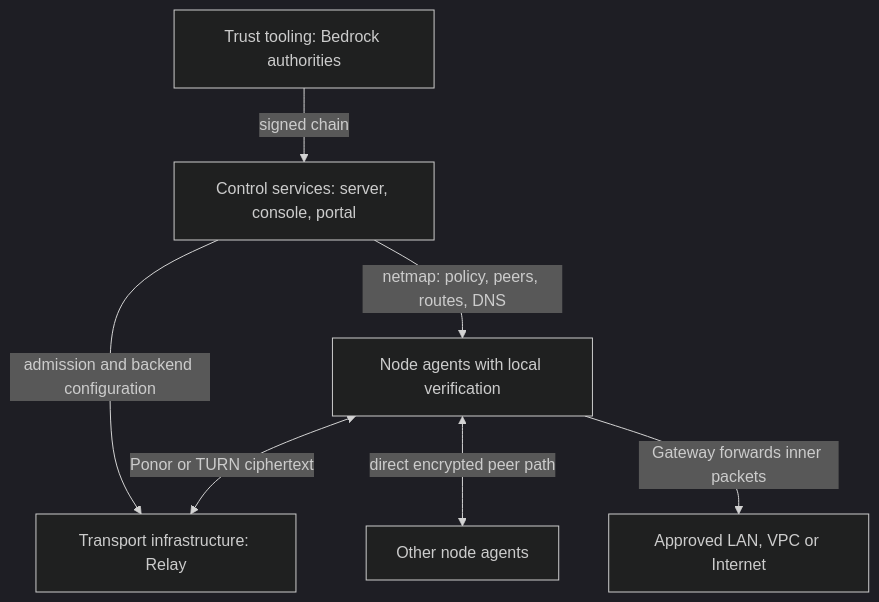
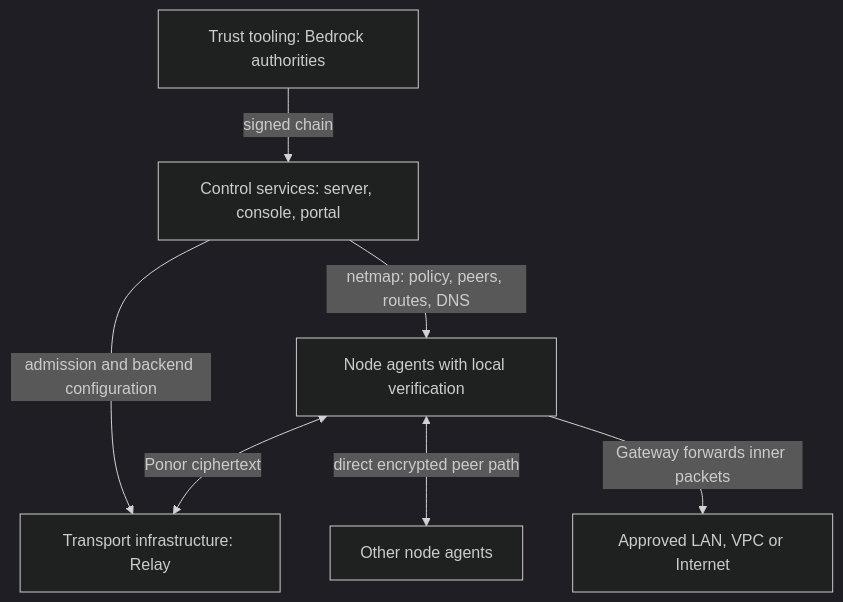
Before and after one commit to karst-net/karst: the diagram in docs/USE-CASE-ANALYSIS.md, drawn with Mermaid (dark theme). The commit also changed other lines of this file and 85 other files, not shown here.

First line of the commit message:
refactor(relay): drop standalone TURN support, Relay-only transport fallback

````diff
--- a/docs/USE-CASE-ANALYSIS.md
+++ b/docs/USE-CASE-ANALYSIS.md
@@ -37,9 +37,9 @@
 ```mermaid
 flowchart TD
     Trust["Trust tooling: Bedrock authorities"] -->|signed chain| Control["Control services: server, console, portal"]
     Control -->|netmap: policy, peers, routes, DNS| Clients["Node agents with local verification"]
     Control -->|admission and backend configuration| Relay["Transport infrastructure: Relay"]
-    Clients <-->|Ponor or TURN ciphertext| Relay
+    Clients <-->|Ponor ciphertext| Relay
     Clients <-->|direct encrypted peer path| Peers["Other node agents"]
     Clients -->|Gateway forwards inner packets| Network["Approved LAN, VPC or Internet"]
 ```
````
